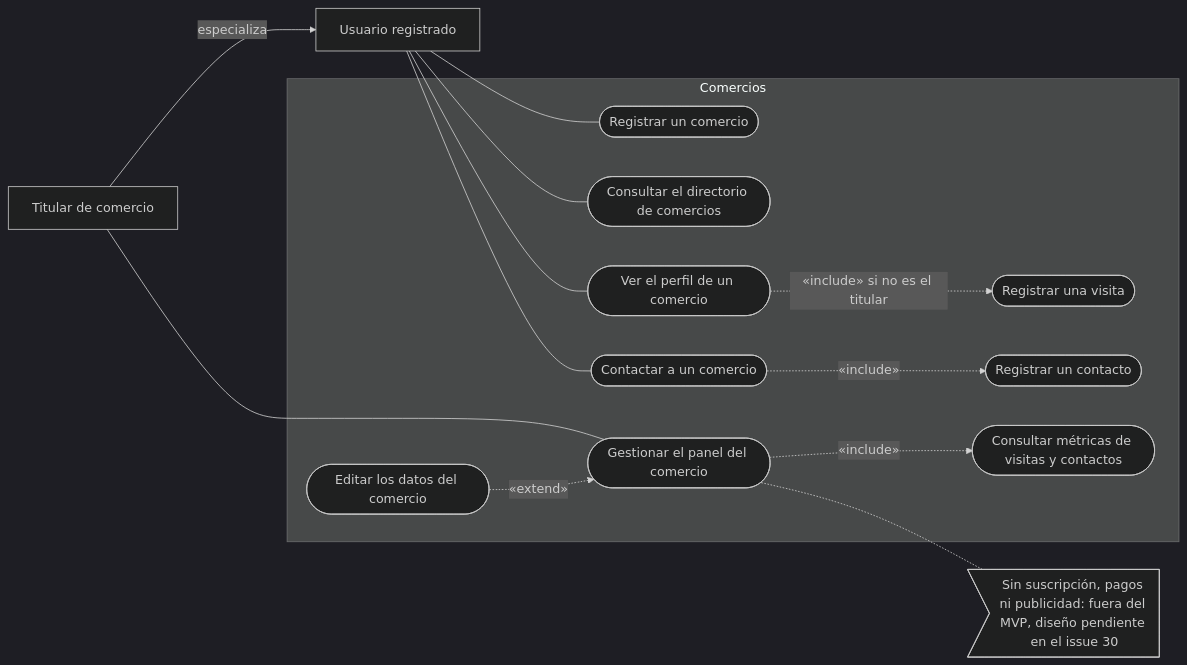
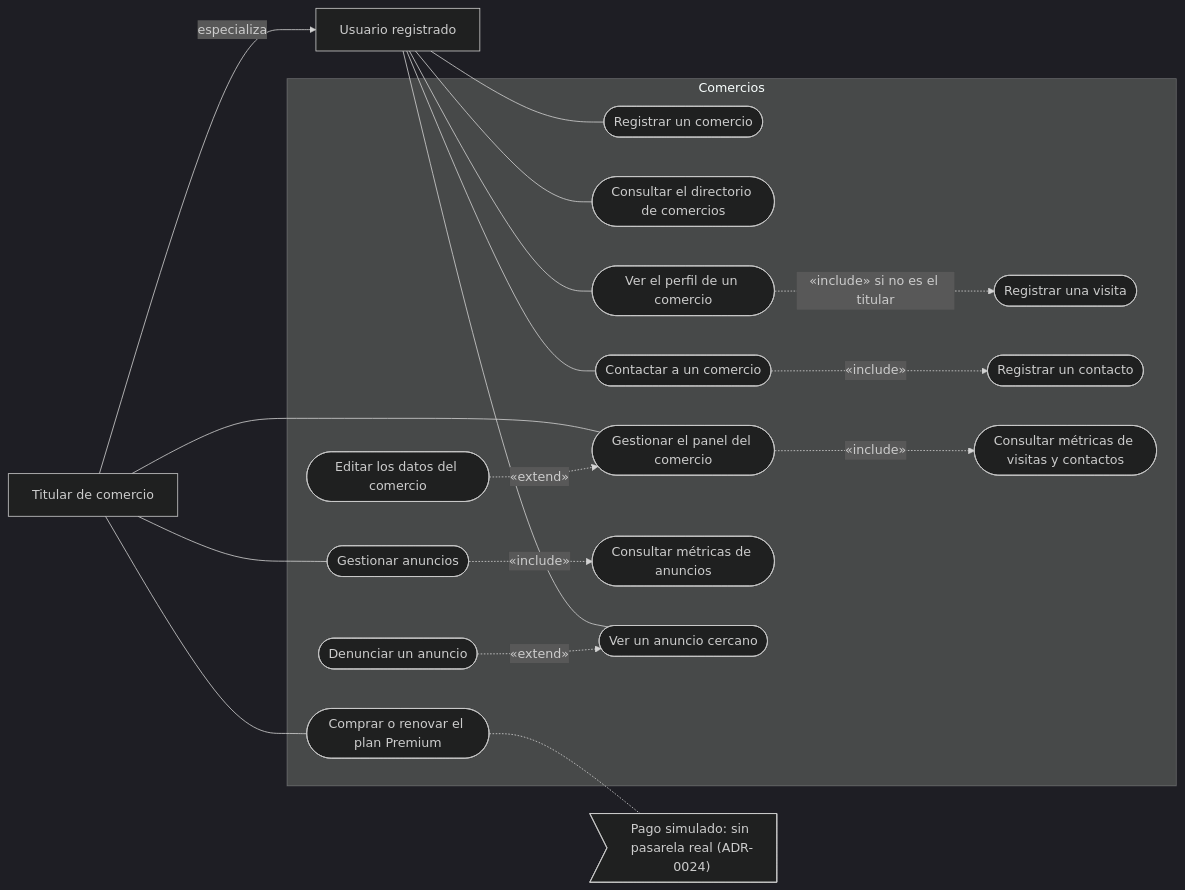
One commit to ISI-ProyectoFinal-2026/Grupo1 changed the sixth of 6 diagrams in docs/informe/1-2-2-modelo-funcional.md. Above: the diagram before and after it, drawn with Mermaid (dark theme). The commit also changed other lines of this file and 47 other files, not shown here.

````diff
--- a/docs/informe/1-2-2-modelo-funcional.md
+++ b/docs/informe/1-2-2-modelo-funcional.md
@@ -253,28 +253,38 @@
 ```mermaid
 flowchart LR
   REG["Usuario registrado"]
   TIT["Titular de comercio"]
   TIT -->|especializa| REG
   subgraph CM["Comercios"]
     B1(["Registrar un comercio"])
     B2(["Consultar el directorio de comercios"])
     B3(["Ver el perfil de un comercio"])
     B4(["Registrar una visita"])
     B5(["Contactar a un comercio"])
     B6(["Registrar un contacto"])
     B7(["Gestionar el panel del comercio"])
     B8(["Editar los datos del comercio"])
     B9(["Consultar métricas de visitas y contactos"])
+    B10(["Comprar o renovar el plan Premium"])
+    B11(["Gestionar anuncios"])
+    B12(["Consultar métricas de anuncios"])
+    B13(["Ver un anuncio cercano"])
+    B14(["Denunciar un anuncio"])
   end
-  N1>"Sin suscripción, pagos ni publicidad: fuera del MVP, diseño pendiente en el issue 30"]
+  N1>"Pago simulado: sin pasarela real (ADR-0024)"]
   REG --- B1
   REG --- B2
   REG --- B3
   REG --- B5
   B3 -.->|"«include» si no es el titular"| B4
   B5 -.->|"«include»"| B6
   TIT --- B7
   B7 -.->|"«include»"| B9
   B8 -.->|"«extend»"| B7
-  B7 -.- N1
+  TIT --- B10
+  TIT --- B11
+  B11 -.->|"«include»"| B12
+  REG --- B13
+  B14 -.->|"«extend»"| B13
+  B10 -.- N1
 ```
````
